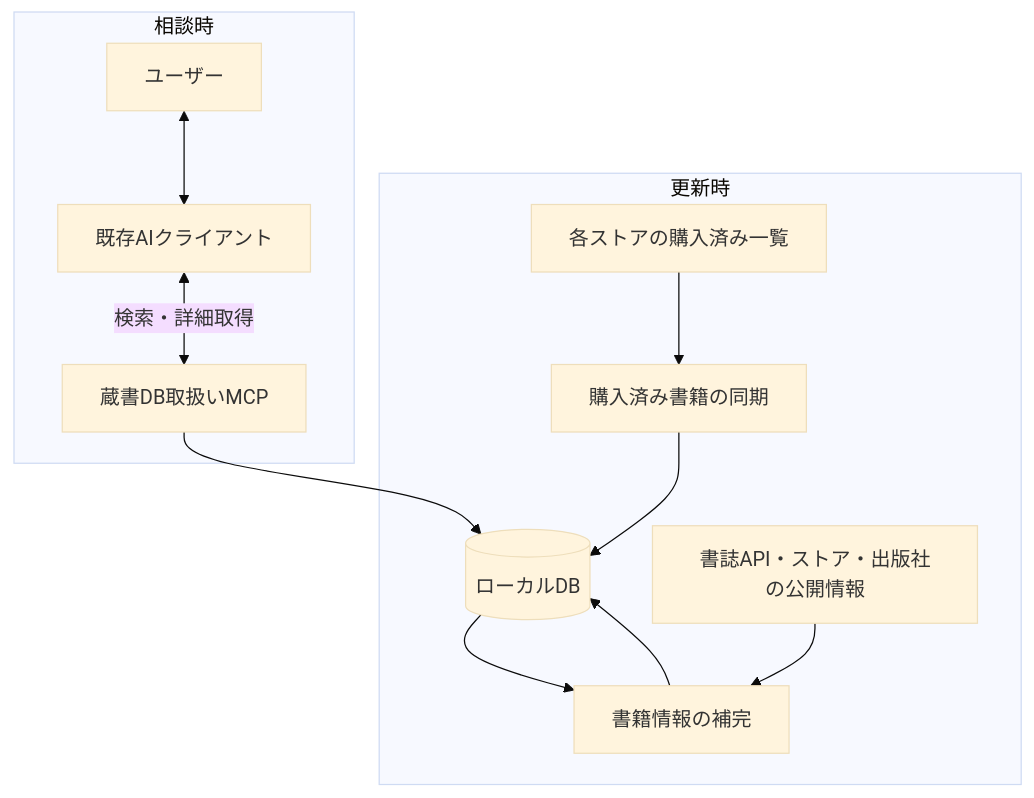
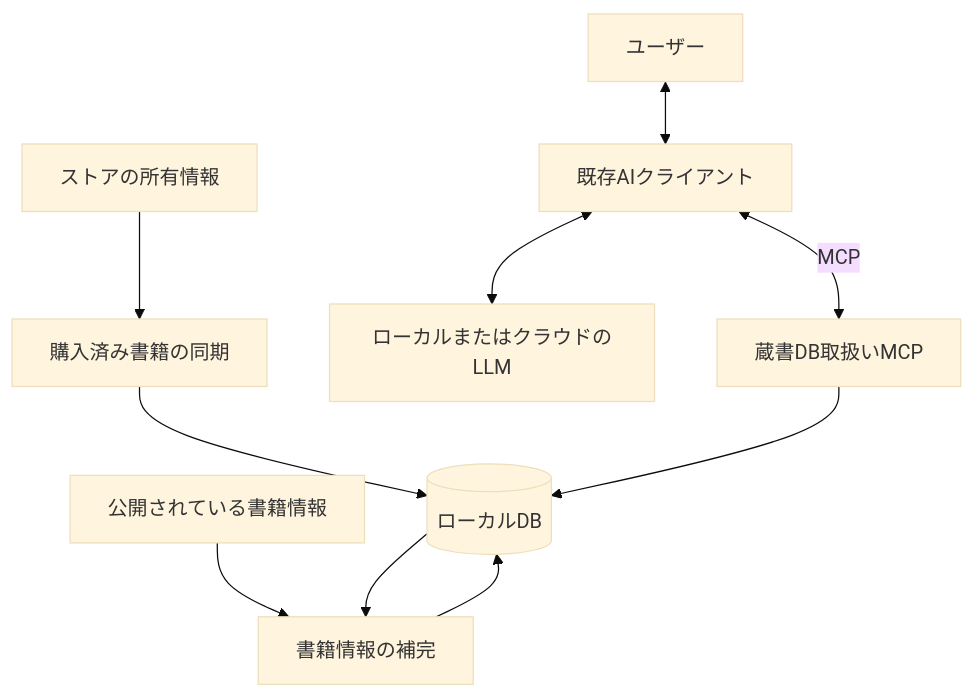
The diagram in doc/01architecture_discussion.md (yukihane/tsundoku-finder), drawn with Mermaid (base theme) before and after one commit. The commit also changed other lines of this file and 3 other files, not shown here.

````diff
--- a/doc/01architecture_discussion.md
+++ b/doc/01architecture_discussion.md
@@ -35,15 +35,12 @@
 ```mermaid
 flowchart TD
-    subgraph 更新時
-        A[各ストアの購入済み一覧] --> B[購入済み書籍の同期]
-        B --> DB[(ローカルDB)]
-        DB --> C[書籍情報の補完]
-        D[書誌API・ストア・出版社の公開情報] --> C
-        C --> DB
-    end
-    subgraph 相談時
-        U[ユーザー] <--> AI[既存AIクライアント]
-        AI <-->|検索・詳細取得| MCP[蔵書DB取扱いMCP]
-        MCP --> DB
-    end
+    A[ストアの所有情報] --> B[購入済み書籍の同期]
+    B --> DB[(ローカルDB)]
+    C[公開されている書籍情報] --> D[書籍情報の補完]
+    DB --> D
+    D --> DB
+    U[ユーザー] <--> H[既存AIクライアント]
+    H <--> L[ローカルまたはクラウドのLLM]
+    H <-->|MCP| M[蔵書DB取扱いMCP]
+    M --> DB
 ```
````
